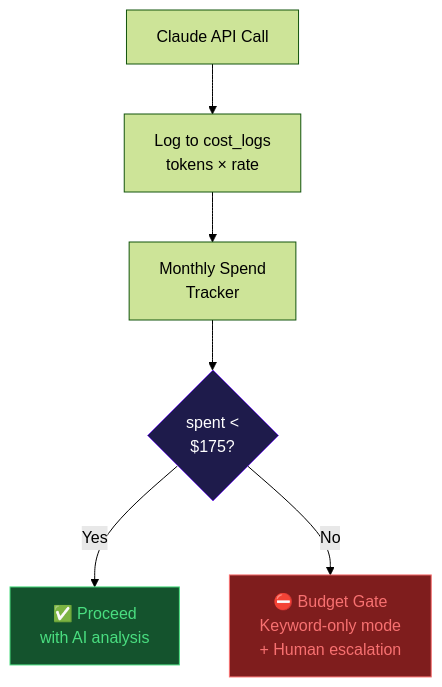
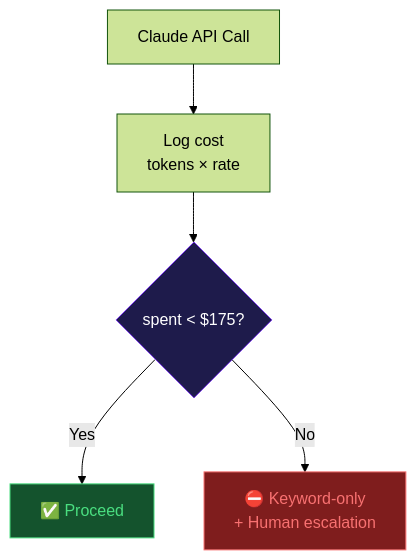
One commit to zainulhassan815/nextjs-fastapi-starter changed the eighth of 12 diagrams in presentation.qmd. Above: the diagram before and after it, drawn with Mermaid (forest theme). The commit also changed other lines of this file and 3 other files, not shown here.

````diff
--- a/presentation.qmd
+++ b/presentation.qmd
@@ -410,13 +393,13 @@
 ```{mermaid}
-%%| fig-width: 6
+%%| fig-width: 5
+%%| fig-height: 3
 flowchart TD
-    A["Claude API Call"] --> B["Log to cost_logs\ntokens × rate"]
-    B --> C["Monthly Spend\nTracker"]
-    C --> D{"spent <\n$175?"}
-    D -->|"Yes"| E["✅ Proceed\nwith AI analysis"]
-    D -->|"No"| F["⛔ Budget Gate\nKeyword-only mode\n+ Human escalation"]
+    A["Claude API Call"] --> B["Log cost\ntokens × rate"]
+    B --> C{"spent < $175?"}
+    C -->|"Yes"| E["✅ Proceed"]
+    C -->|"No"| F["⛔ Keyword-only\n+ Human escalation"]
 
-    style D fill:#1e1b4b,stroke:#7c3aed,color:#fff
+    style C fill:#1e1b4b,stroke:#7c3aed,color:#fff
     style E fill:#14532d,stroke:#4ade80,color:#4ade80
     style F fill:#7f1d1d,stroke:#f87171,color:#f87171
 ```
````
